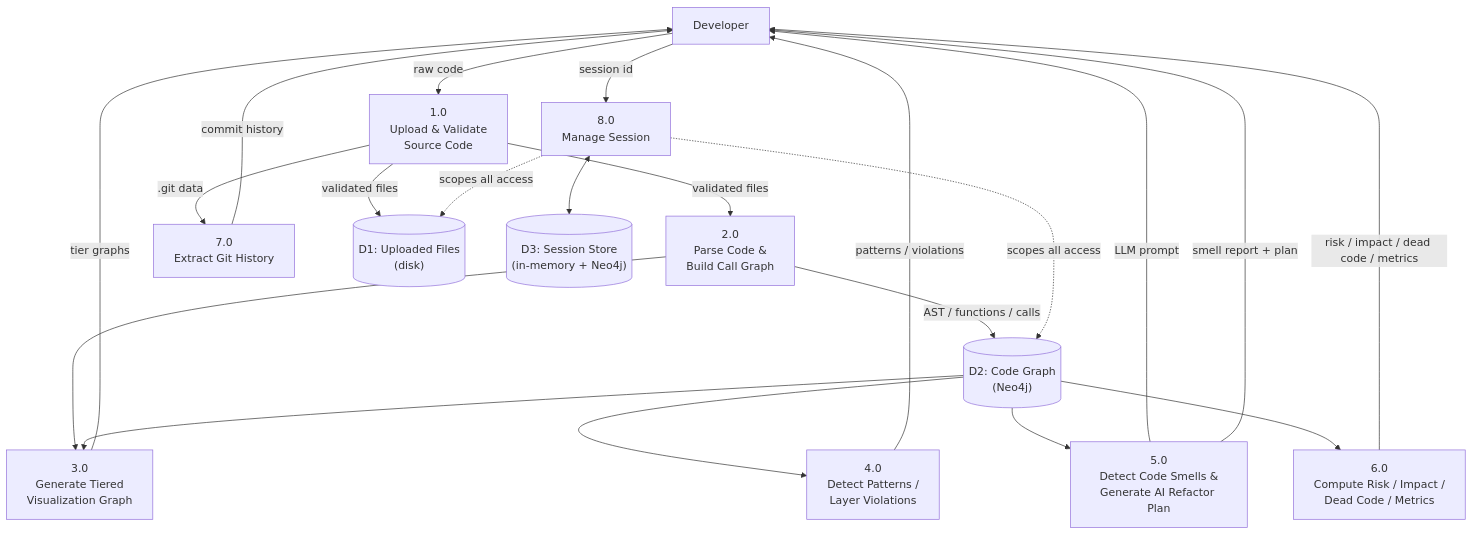
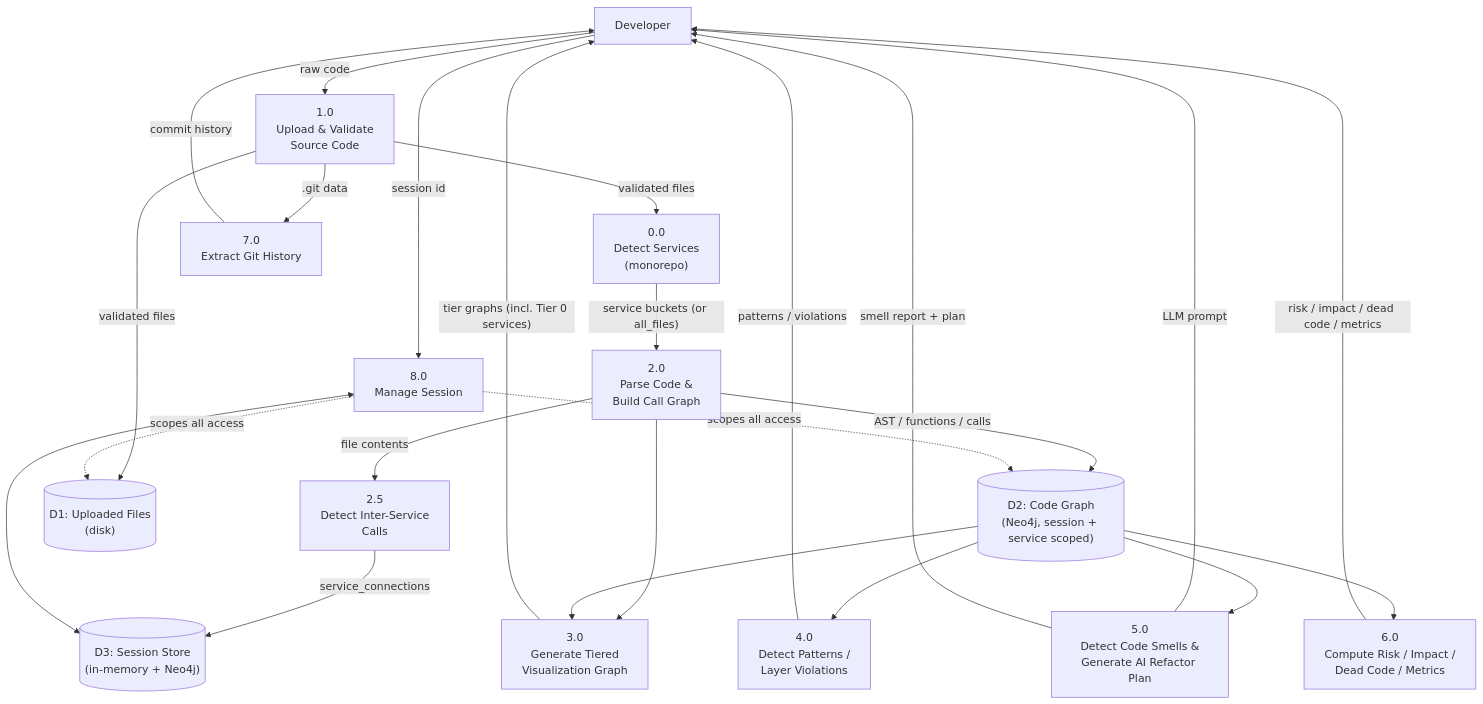
The fifth of 12 diagrams in SRS.md (farjanasarker/Code_Base_Visualisation), drawn with Mermaid before and after one commit. The commit also changed other lines of this file and 47 other files, not shown here.

````diff
--- a/SRS.md
+++ b/SRS.md
@@ -368,43 +452,48 @@
 ```mermaid
 flowchart TB
     User["Developer"]
 
+    P0["0.0<br/>Detect Services<br/>(monorepo)"]
     P1["1.0<br/>Upload & Validate<br/>Source Code"]
     P2["2.0<br/>Parse Code &<br/>Build Call Graph"]
+    P2B["2.5<br/>Detect Inter-Service<br/>Calls"]
     P3["3.0<br/>Generate Tiered<br/>Visualization Graph"]
     P4["4.0<br/>Detect Patterns /<br/>Layer Violations"]
     P5["5.0<br/>Detect Code Smells &<br/>Generate AI Refactor Plan"]
     P6["6.0<br/>Compute Risk / Impact /<br/>Dead Code / Metrics"]
     P7["7.0<br/>Extract Git History"]
     P8["8.0<br/>Manage Session"]
 
     D1[("D1: Uploaded Files<br/>(disk)")]
-    D2[("D2: Code Graph<br/>(Neo4j)")]
+    D2[("D2: Code Graph<br/>(Neo4j, session + service scoped)")]
     D3[("D3: Session Store<br/>(in-memory + Neo4j)")]
 
     User -- "raw code" --> P1
     P1 -- "validated files" --> D1
-    P1 -- "validated files" --> P2
+    P1 -- "validated files" --> P0
+    P0 -- "service buckets (or all_files)" --> P2
     P2 -- "AST / functions / calls" --> D2
+    P2 -- "file contents" --> P2B
+    P2B -- "service_connections" --> D3
     P2 --> P3
     D2 --> P3
-    P3 -- "tier graphs" --> User
+    P3 -- "tier graphs (incl. Tier 0 services)" --> User
 
     D2 --> P4
     P4 -- "patterns / violations" --> User
 
     D2 --> P5
     P5 -- "LLM prompt" --> User
     P5 -- "smell report + plan" --> User
 
     D2 --> P6
     P6 -- "risk / impact / dead code / metrics" --> User
 
     P1 -- ".git data" --> P7
     P7 -- "commit history" --> User
 
     User -- "session id" --> P8
     P8 <--> D3
     P8 -. "scopes all access" .-> D1
     P8 -. "scopes all access" .-> D2
 ```
````
